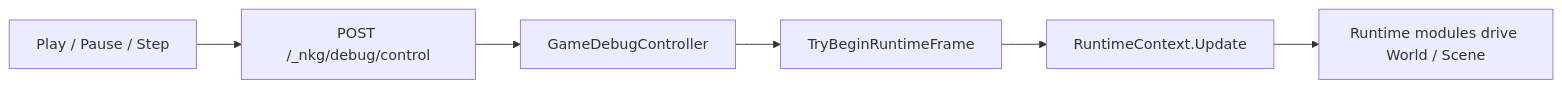
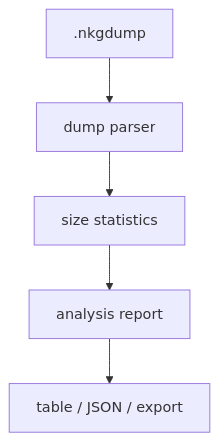
One commit to wqaetly/NKGGameFramework changed the first of 3 diagrams in docs/debug-and-dump.md. Above: the diagram before and after it, drawn with Mermaid. The commit also changed other lines of this file and 1 other file, not shown here.

````diff
--- a/docs/debug-and-dump.md
+++ b/docs/debug-and-dump.md
@@ -158,8 +29,7 @@
 ```mermaid
-flowchart LR
-    UI["Play / Pause / Step"] --> ControlPost["POST /_nkg/debug/control"]
-    ControlPost --> Controller["GameDebugController"]
-    Controller --> Gate["TryBeginRuntimeFrame"]
-    Gate --> RuntimeUpdate["RuntimeContext.Update"]
-    RuntimeUpdate --> EcsUpdate["Runtime modules drive World / Scene"]
+flowchart TD
+    File[".nkgdump"] --> Parser["dump parser"]
+    Parser --> Stats["size statistics"]
+    Stats --> Report["analysis report"]
+    Report --> UI["table / JSON / export"]
 ```
````
